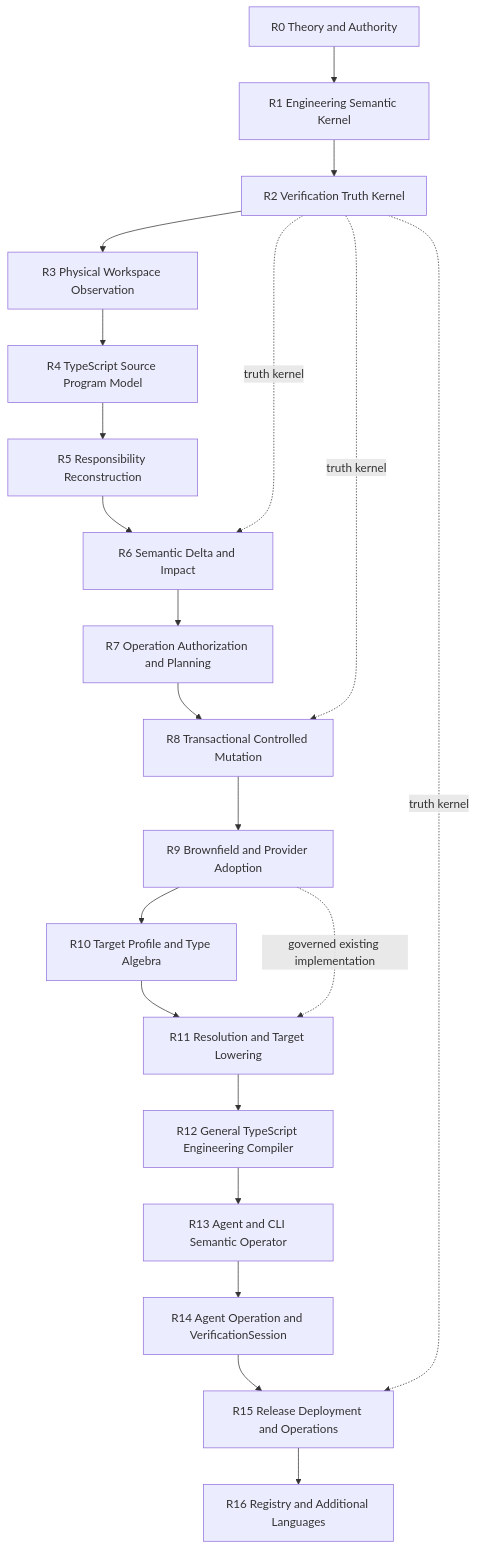
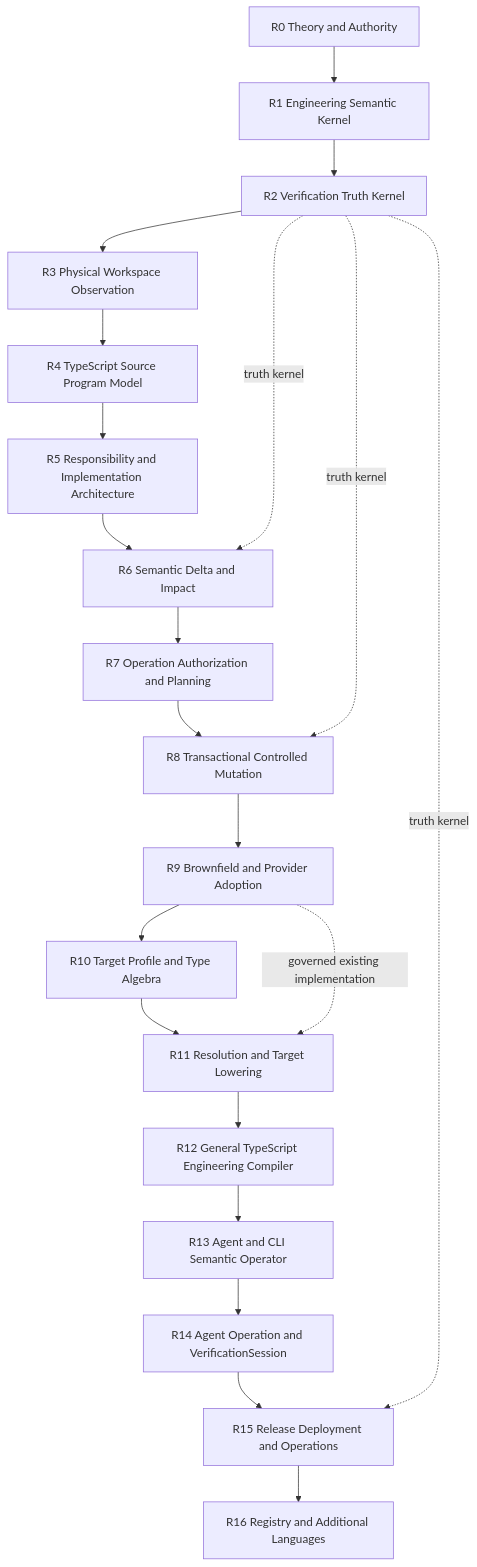
One commit to sec-platform/sec changed the third of 12 diagrams in docs/roadmap.md. Above: the diagram before and after it, drawn with Mermaid. The commit also changed other lines of this file and 10 other files, not shown here.

Commit message:
docs: define SEC implementation architecture

```diff
--- a/docs/roadmap.md
+++ b/docs/roadmap.md
@@ -85,24 +86,24 @@
 ~~~mermaid
 flowchart TD
   R0[R0 Theory and Authority] --> R1[R1 Engineering Semantic Kernel]
   R1 --> R2[R2 Verification Truth Kernel]
   R2 --> R3[R3 Physical Workspace Observation]
   R3 --> R4[R4 TypeScript Source Program Model]
-  R4 --> R5[R5 Responsibility Reconstruction]
+  R4 --> R5[R5 Responsibility and Implementation Architecture]
   R5 --> R6[R6 Semantic Delta and Impact]
   R6 --> R7[R7 Operation Authorization and Planning]
   R7 --> R8[R8 Transactional Controlled Mutation]
   R8 --> R9[R9 Brownfield and Provider Adoption]
   R9 --> R10[R10 Target Profile and Type Algebra]
   R10 --> R11[R11 Resolution and Target Lowering]
   R11 --> R12[R12 General TypeScript Engineering Compiler]
   R12 --> R13[R13 Agent and CLI Semantic Operator]
   R13 --> R14[R14 Agent Operation and VerificationSession]
   R14 --> R15[R15 Release Deployment and Operations]
   R15 --> R16[R16 Registry and Additional Languages]
 
   R9 -. governed existing implementation .-> R11
   R2 -. truth kernel .-> R6
   R2 -. truth kernel .-> R8
   R2 -. truth kernel .-> R15
 ~~~
```
